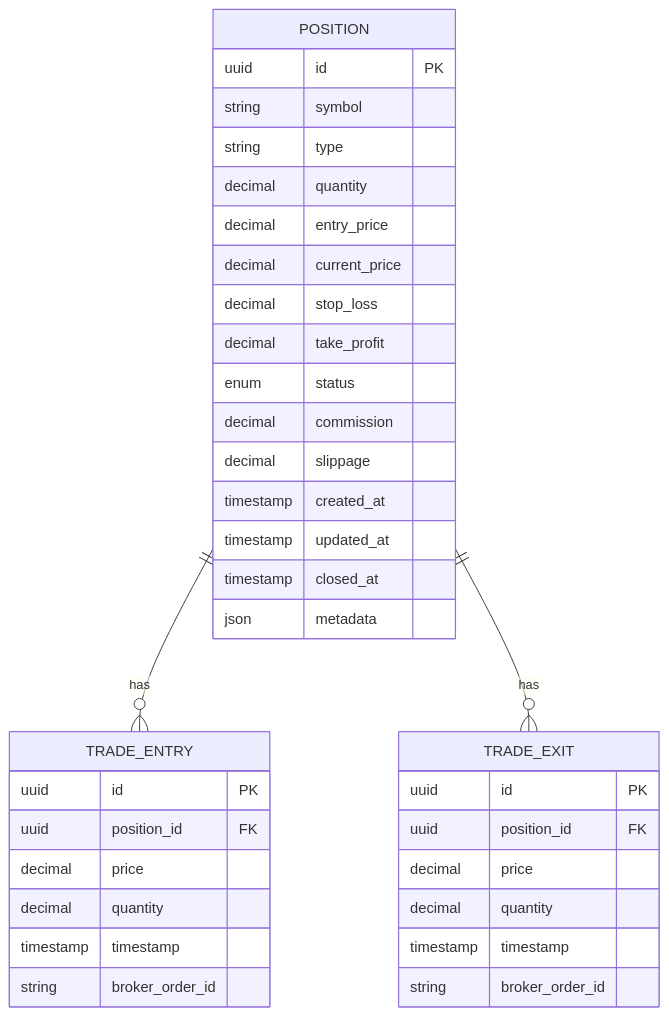
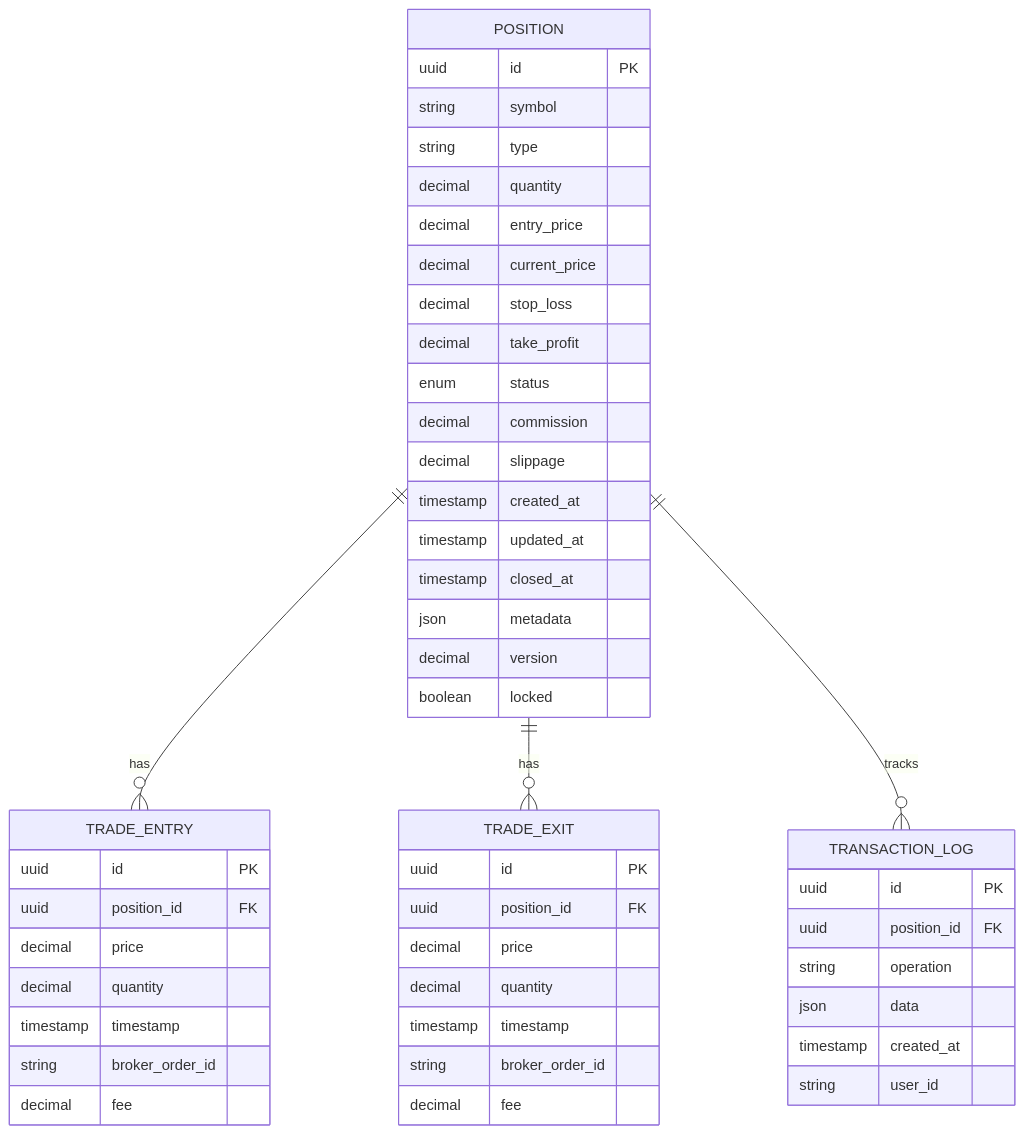
The sixth of 7 diagrams in .qoder/repowiki/en/content/API Reference/Repository API/Position Repository.md (iliyas77/MTF-monitor), drawn with Mermaid before and after one commit. The commit also changed other lines of this file and 69 other files, not shown here.

````diff
--- a/.qoder/repowiki/en/content/API Reference/Repository API/Position Repository.md
+++ b/.qoder/repowiki/en/content/API Reference/Repository API/Position Repository.md
@@ -255,38 +307,51 @@
 ```mermaid
 erDiagram
 POSITION {
 uuid id PK
 string symbol
 string type
 decimal quantity
 decimal entry_price
 decimal current_price
 decimal stop_loss
 decimal take_profit
 enum status
 decimal commission
 decimal slippage
 timestamp created_at
 timestamp updated_at
 timestamp closed_at
 json metadata
+decimal version
+boolean locked
 }
 TRADE_ENTRY {
 uuid id PK
 uuid position_id FK
 decimal price
 decimal quantity
 timestamp timestamp
 string broker_order_id
+decimal fee
 }
 TRADE_EXIT {
 uuid id PK
 uuid position_id FK
 decimal price
 decimal quantity
 timestamp timestamp
 string broker_order_id
+decimal fee
+}
+TRANSACTION_LOG {
+uuid id PK
+uuid position_id FK
+string operation
+json data
+timestamp created_at
+string user_id
 }
 POSITION ||--o{ TRADE_ENTRY : has
 POSITION ||--o{ TRADE_EXIT : has
+POSITION ||--o{ TRANSACTION_LOG : tracks
 ```
````
